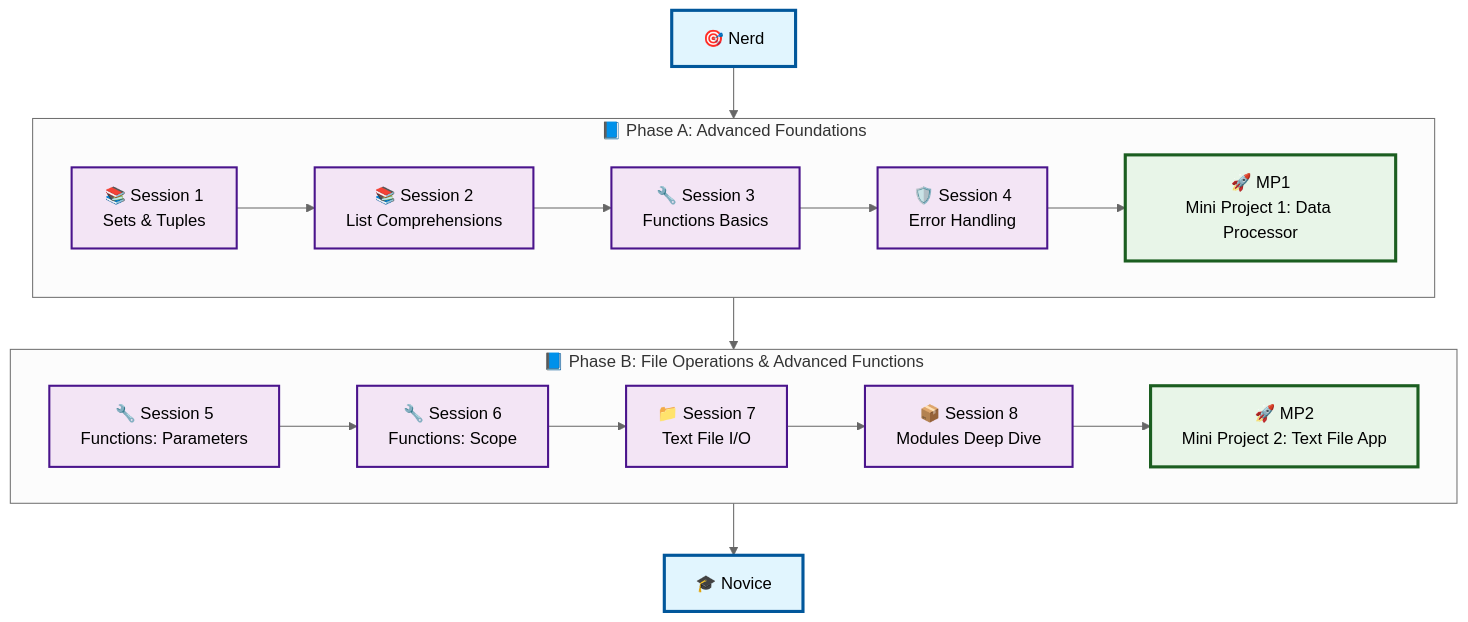
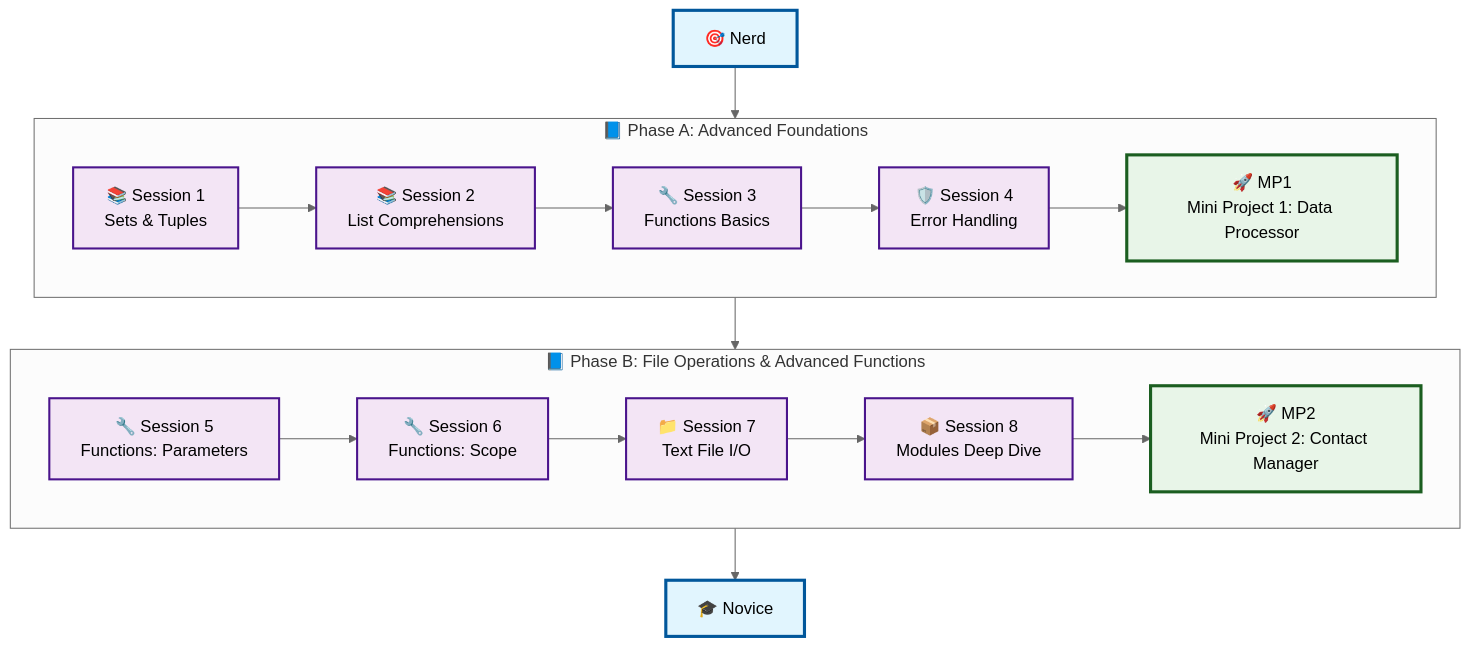
Before and after one commit to Swamy-s-Tech-Skills-Academy/python-fundamentals: the diagram in docs/sessions/L2/_Plan.md, drawn with Mermaid (neutral theme). The commit also changed other lines of this file and 88 other files, not shown here.

````diff
--- a/docs/sessions/L2/_Plan.md
+++ b/docs/sessions/L2/_Plan.md
@@ -125,32 +125,32 @@
 ```mermaid
 flowchart TB
     A[🎯 Nerd] --> PhaseA
     PhaseA --> PhaseB
     PhaseB --> K[🎓 Novice]
 
     subgraph PhaseA[📘 Phase A: Advanced Foundations]
         B1[📚 Session 1<br/>Sets & Tuples]
         B2[📚 Session 2<br/>List Comprehensions]
         B3[🔧 Session 3<br/>Functions Basics]
         B4[🛡️ Session 4<br/>Error Handling]
         B5[🚀 MP1<br/>Mini Project 1: Data Processor]
         B1 --> B2 --> B3 --> B4 --> B5
     end
 
     subgraph PhaseB[📘 Phase B: File Operations & Advanced Functions]
         C1[🔧 Session 5<br/>Functions: Parameters]
         C2[🔧 Session 6<br/>Functions: Scope]
         C3[📁 Session 7<br/>Text File I/O]
         C4[📦 Session 8<br/>Modules Deep Dive]
-        C5[🚀 MP2<br/>Mini Project 2: Text File App]
+        C5[🚀 MP2<br/>Mini Project 2: Contact Manager]
         C1 --> C2 --> C3 --> C4 --> C5
     end
 
     classDef startEnd fill:#e1f5fe,stroke:#01579b,stroke-width:3px,color:#000
     classDef session fill:#f3e5f5,stroke:#4a148c,stroke-width:2px,color:#000
     classDef project fill:#e8f5e8,stroke:#1b5e20,stroke-width:3px,color:#000
 
     class A,K startEnd
     class B1,B2,B3,B4,C1,C2,C3,C4 session
     class B5,C5 project
 ```
````
